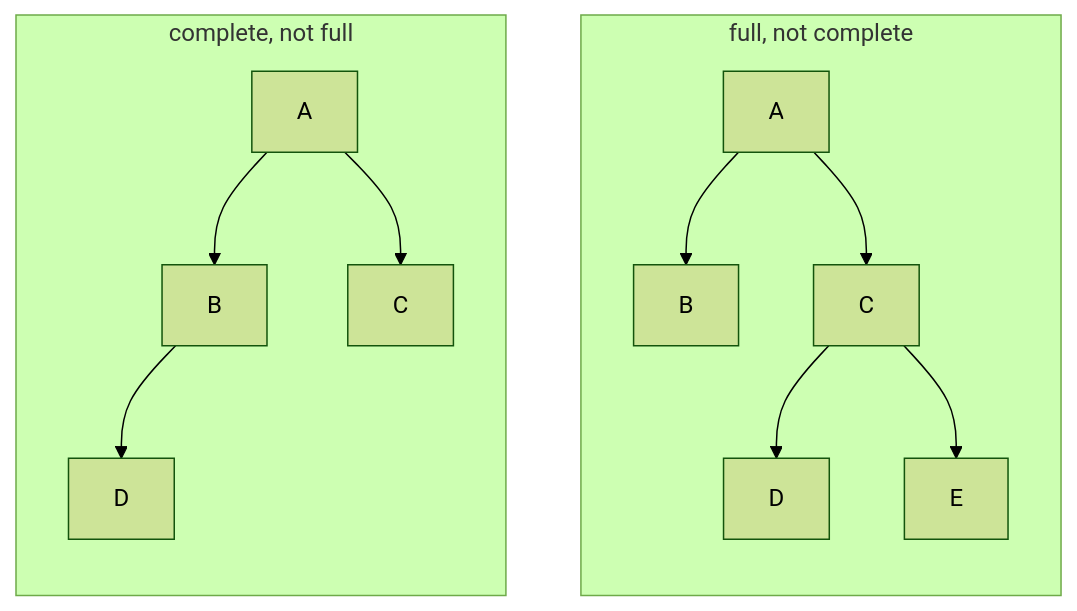
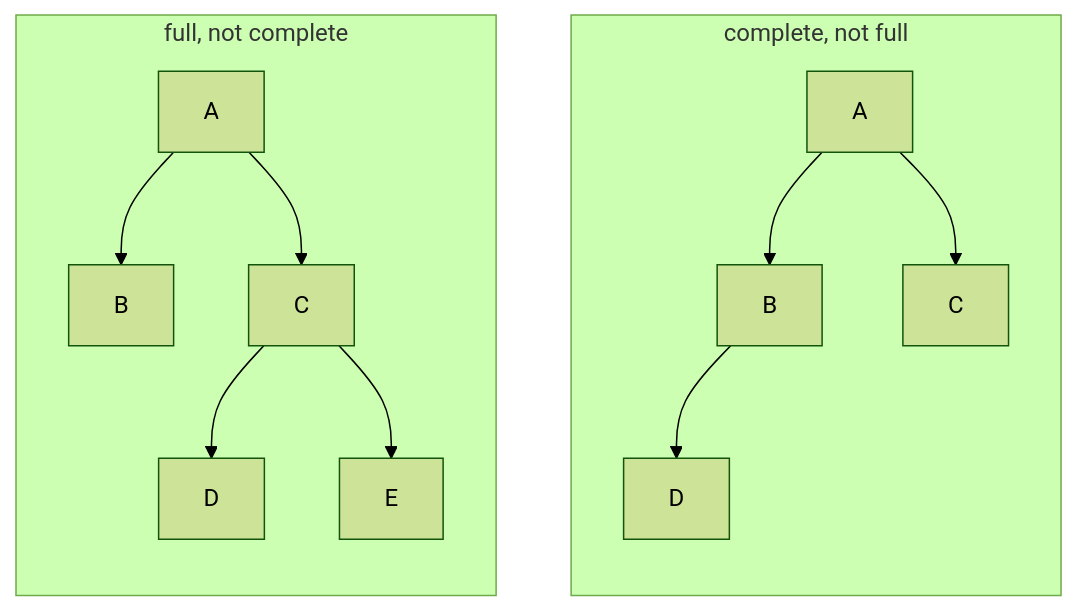
The second of 7 diagrams in notes/LT11b Binary Tree.md (saumilthecode/h2-curly-pancakes), drawn with Mermaid (forest theme) before and after one commit. The commit also changed other lines of this file and 15 other files, not shown here.

````diff
--- a/notes/LT11b Binary Tree.md
+++ b/notes/LT11b Binary Tree.md
@@ -51,18 +51,18 @@
 ```mermaid
 flowchart TD
+  subgraph two["complete, not full"]
+    direction TD
+    cA[A] --> cB[B]
+    cA --> cC[C]
+    cB --> cD[D]
+    cB ~~~ cS:::hid
+  end
   subgraph one["full, not complete"]
     direction TD
     fA[A] --> fB[B]
     fA --> fC[C]
     fC --> fD[D]
     fC --> fE[E]
   end
-  subgraph two["complete, not full"]
-    direction TD
-    cA[A] --> cB[B]
-    cA --> cC[C]
-    cB --> cD[D]
-    cB ~~~ cS:::hid
-  end
   classDef hid fill:none,stroke:none,color:transparent
 ```
````
